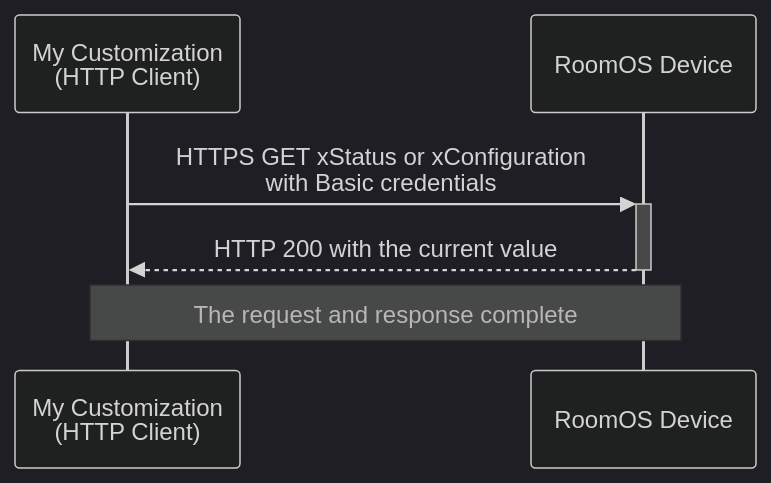
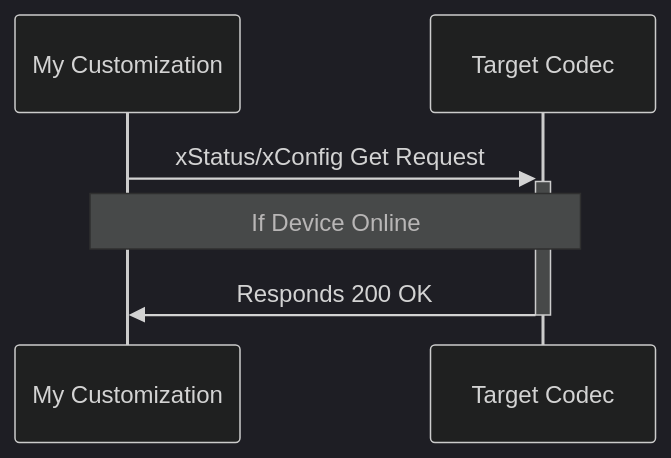
One commit to WebexCC-SA/LAB-1451 changed the first of 7 diagrams in docs/Main-Lab/RoomOS/rxp_xapi/rxp_xapi_cloud.md. Above: the diagram before and after it, drawn with Mermaid. The commit also changed other lines of this file and 2 other files, not shown here.

Commit message:
Restore original HTTP communication model

````diff
--- a/docs/Main-Lab/RoomOS/rxp_xapi/rxp_xapi_cloud.md
+++ b/docs/Main-Lab/RoomOS/rxp_xapi/rxp_xapi_cloud.md
@@ -22,9 +22,9 @@
                 ``` mermaid
                 %%{init: {'theme':'dark'}}%%
                 sequenceDiagram
-                  participant Client as My Customization<br>(HTTP Client)
-                  participant Device as RoomOS Device
-                  Client->>+Device: HTTPS GET xStatus or xConfiguration<br>with Basic credentials
-                  Device-->>-Client: HTTP 200 with the current value
-                  Note over Client,Device: The request and response complete
+                  participant My Customization
+                  participant Target Codec
+                  My Customization->>+Target Codec: xStatus/xConfig Get Request
+                  Note over My Customization,Target Codec: If Device Online
+                  Target Codec->>- My Customization: Responds 200 OK
                 ```
````
